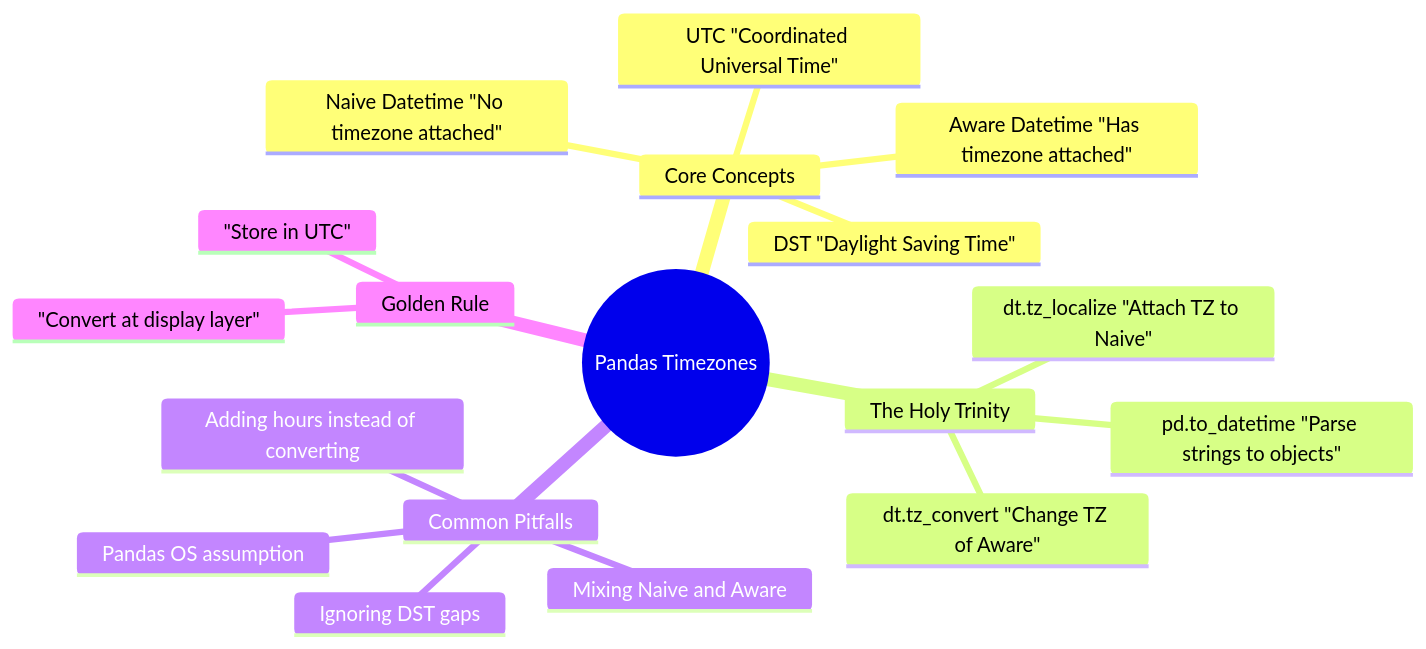
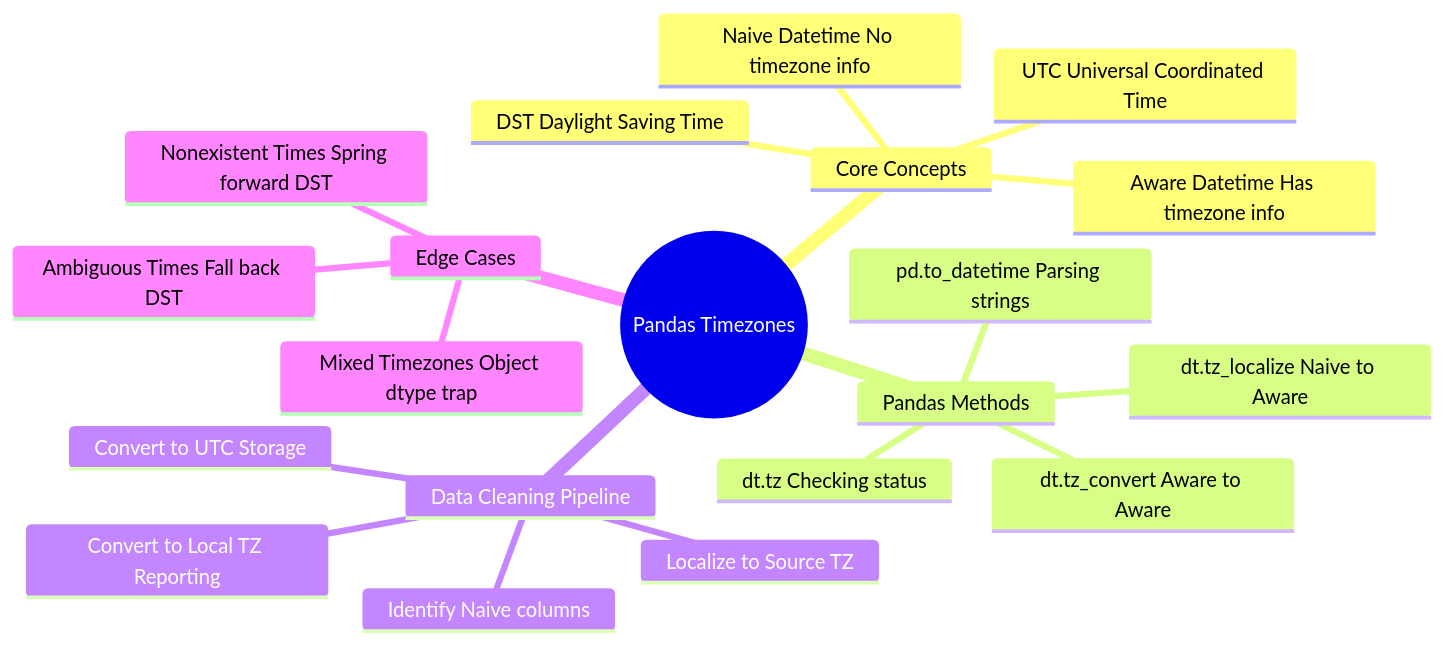
The first of 10 diagrams in data-modeling/Data engineering grain mismatch handling.md (YasinSaberi/data-engineering-notes), drawn with Mermaid before and after one commit. The commit also changed other lines of this file, not shown here.

Commit message:
Update Data engineering grain mismatch handling.md

````diff
--- a/data-modeling/Data engineering grain mismatch handling.md
+++ b/data-modeling/Data engineering grain mismatch handling.md
@@ -7,21 +7,23 @@
 ```mermaid
 mindmap
   root((Pandas Timezones))
     Core Concepts
-      Naive Datetime "No timezone attached"
-      Aware Datetime "Has timezone attached"
-      UTC "Coordinated Universal Time"
-      DST "Daylight Saving Time"
-    The Holy Trinity
-      pd.to_datetime "Parse strings to objects"
-      dt.tz_localize "Attach TZ to Naive"
-      dt.tz_convert "Change TZ of Aware"
-    Common Pitfalls
-      Pandas OS assumption
-      Mixing Naive and Aware
-      Adding hours instead of converting
-      Ignoring DST gaps
-    Golden Rule
-      "Store in UTC"
-      "Convert at display layer"
+      Naive Datetime No timezone info
+      Aware Datetime Has timezone info
+      UTC Universal Coordinated Time
+      DST Daylight Saving Time
+    Pandas Methods
+      pd.to_datetime Parsing strings
+      dt.tz_localize Naive to Aware
+      dt.tz_convert Aware to Aware
+      dt.tz Checking status
+    Data Cleaning Pipeline
+      Identify Naive columns
+      Localize to Source TZ
+      Convert to UTC Storage
+      Convert to Local TZ Reporting
+    Edge Cases
+      Ambiguous Times Fall back DST
+      Nonexistent Times Spring forward DST
+      Mixed Timezones Object dtype trap
 ```
````
